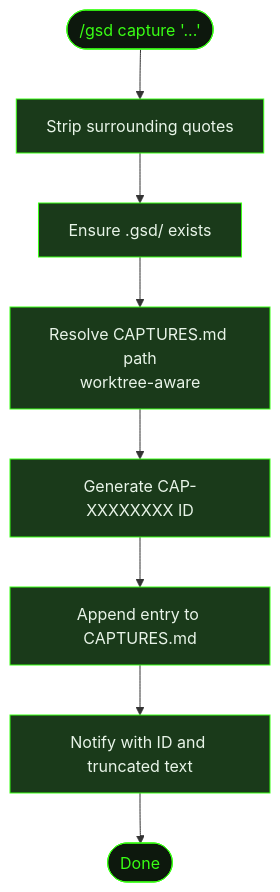
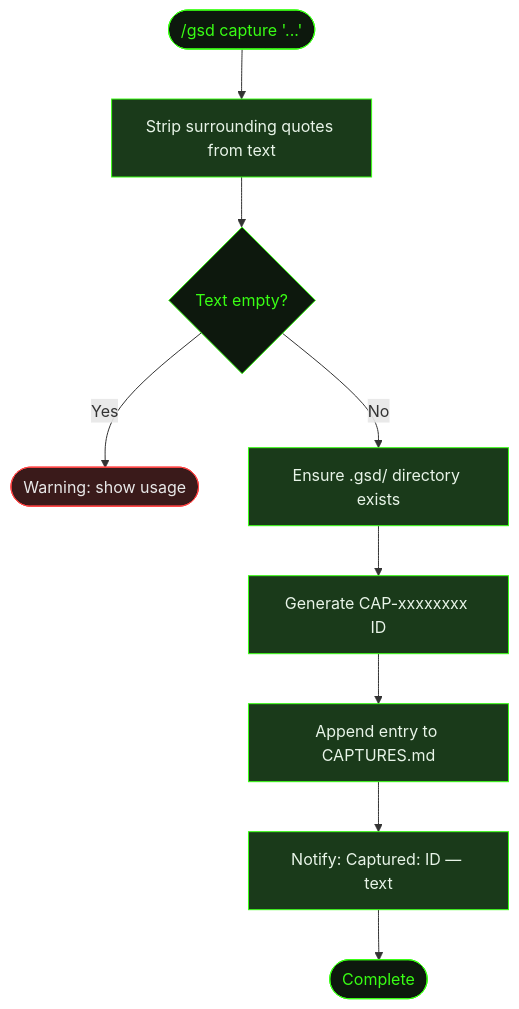
Before and after one commit to shusha-group/gsd2-guide: the diagram in src/content/docs/commands/capture.mdx, drawn with Mermaid. The commit also changed other lines of this file and 202 other files, not shown here.

````diff
--- a/src/content/docs/commands/capture.mdx
+++ b/src/content/docs/commands/capture.mdx
@@ -32,19 +37,21 @@
 ```mermaid
 flowchart TD
-    Start(["/gsd capture '...'"]) --> Parse[Strip surrounding quotes]
-    Parse --> EnsureDir[Ensure .gsd/ exists]
-    EnsureDir --> Resolve[Resolve CAPTURES.md path<br/>worktree-aware]
-    Resolve --> GenID[Generate CAP-XXXXXXXX ID]
+    Start(["/gsd capture '...'"]) --> Strip[Strip surrounding quotes from text]
+    Strip --> Empty{Text empty?}
+    Empty -->|Yes| Warn([Warning: show usage])
+    Empty -->|No| EnsureDir[Ensure .gsd/ directory exists]
+    EnsureDir --> GenID[Generate CAP-xxxxxxxx ID]
     GenID --> Append[Append entry to CAPTURES.md]
-    Append --> Notify[Notify with ID and truncated text]
-    Notify --> Done([Done])
+    Append --> Notify[Notify: Captured: ID — text]
+    Notify --> Done([Complete])
 
     style Start fill:#0d180d,stroke:#39ff14,color:#39ff14
-    style Done fill:#0d180d,stroke:#39ff14,color:#39ff14
-    style Parse fill:#1a3a1a,stroke:#39ff14,color:#e8f4e8
+    style Empty fill:#0d180d,stroke:#39ff14,color:#39ff14
+    style Warn fill:#3a1a1a,stroke:#ff4444,color:#e8e8e8
+    style Strip fill:#1a3a1a,stroke:#39ff14,color:#e8f4e8
     style EnsureDir fill:#1a3a1a,stroke:#39ff14,color:#e8f4e8
-    style Resolve fill:#1a3a1a,stroke:#39ff14,color:#e8f4e8
     style GenID fill:#1a3a1a,stroke:#39ff14,color:#e8f4e8
     style Append fill:#1a3a1a,stroke:#39ff14,color:#e8f4e8
     style Notify fill:#1a3a1a,stroke:#39ff14,color:#e8f4e8
+    style Done fill:#0d180d,stroke:#39ff14,color:#39ff14
 ```
````
